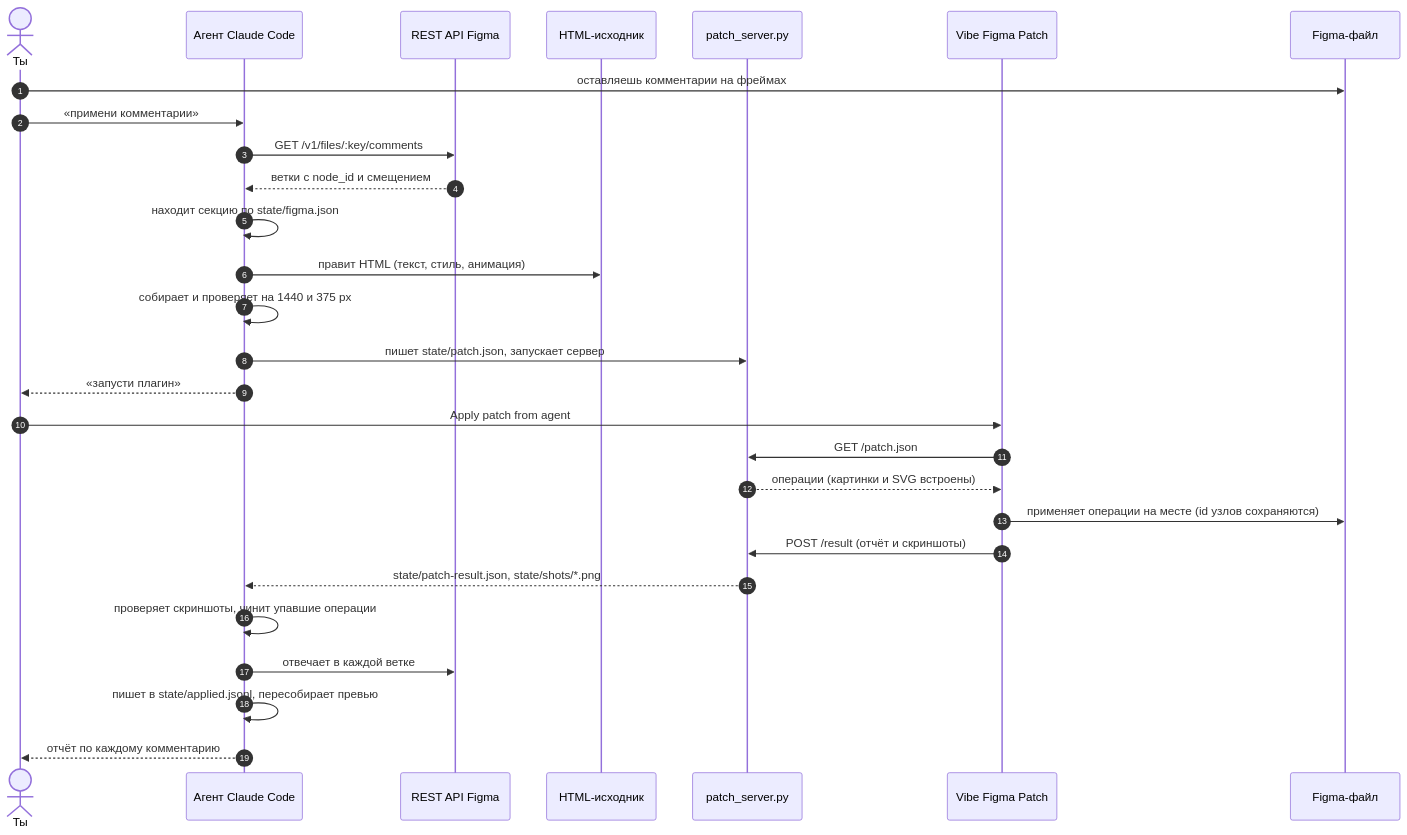
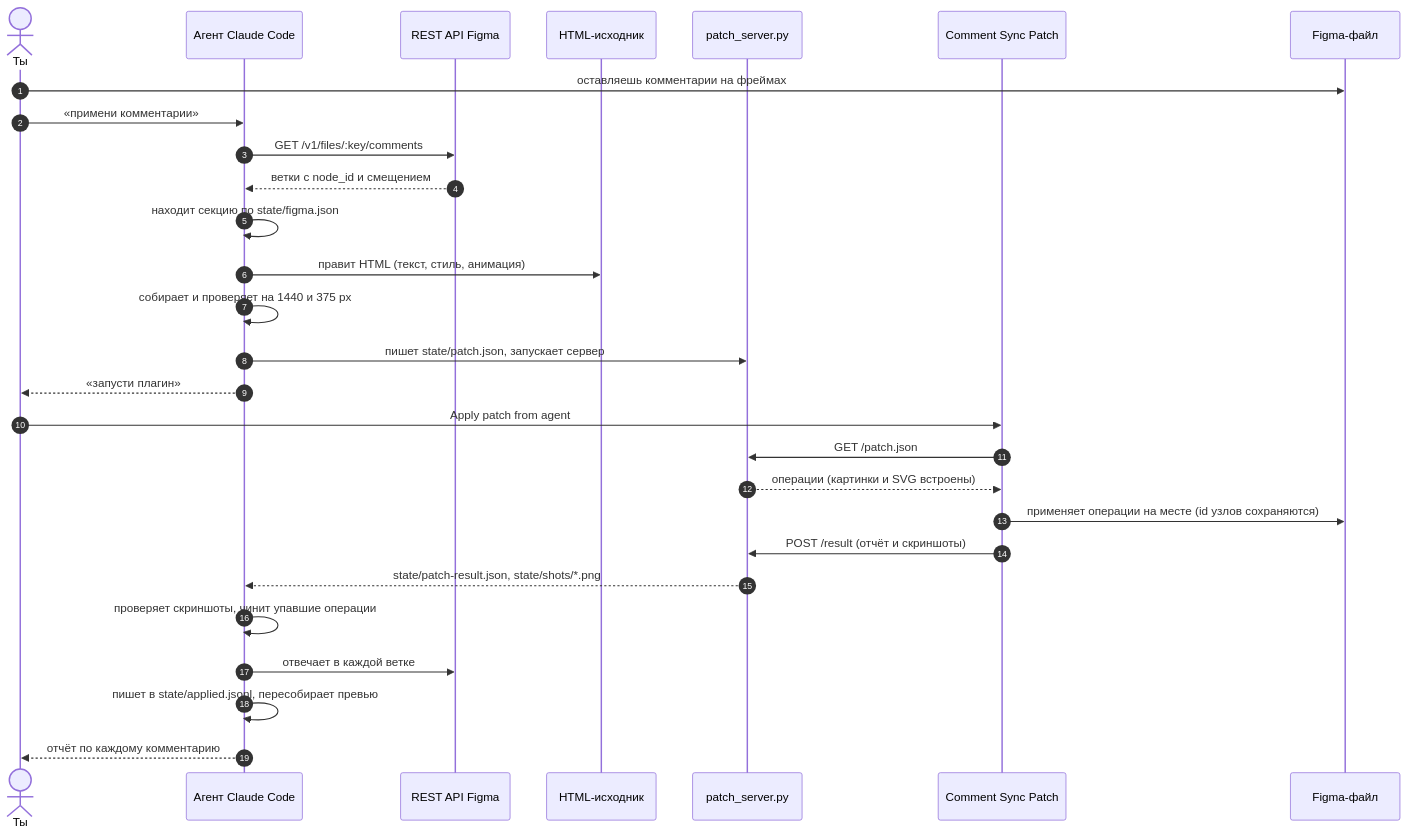
Before and after one commit to codegreenbaby/figma-comment-sync: the second of 3 diagrams in README.ru.md, drawn with Mermaid. The commit also changed other lines of this file and 8 other files, not shown here.

First line of the commit message:
Rename project to figma-comment-sync

````diff
--- a/README.ru.md
+++ b/README.ru.md
@@ -112,31 +112,31 @@
 ```mermaid
 sequenceDiagram
   autonumber
   actor You as Ты
   participant Agent as Агент Claude Code
   participant REST as REST API Figma
   participant Page as HTML-исходник
   participant Bridge as patch_server.py
-  participant Plugin as Vibe Figma Patch
+  participant Plugin as Comment Sync Patch
   participant File as Figma-файл
 
   You->>File: оставляешь комментарии на фреймах
   You->>Agent: «примени комментарии»
   Agent->>REST: GET /v1/files/:key/comments
   REST-->>Agent: ветки с node_id и смещением
   Agent->>Agent: находит секцию по state/figma.json
   Agent->>Page: правит HTML (текст, стиль, анимация)
   Agent->>Agent: собирает и проверяет на 1440 и 375 px
   Agent->>Bridge: пишет state/patch.json, запускает сервер
   Agent-->>You: «запусти плагин»
   You->>Plugin: Apply patch from agent
   Plugin->>Bridge: GET /patch.json
   Bridge-->>Plugin: операции (картинки и SVG встроены)
   Plugin->>File: применяет операции на месте (id узлов сохраняются)
   Plugin->>Bridge: POST /result (отчёт и скриншоты)
   Bridge-->>Agent: state/patch-result.json, state/shots/*.png
   Agent->>Agent: проверяет скриншоты, чинит упавшие операции
   Agent->>REST: отвечает в каждой ветке
   Agent->>Agent: пишет в state/applied.jsonl, пересобирает превью
   Agent-->>You: отчёт по каждому комментарию
 ```
````
